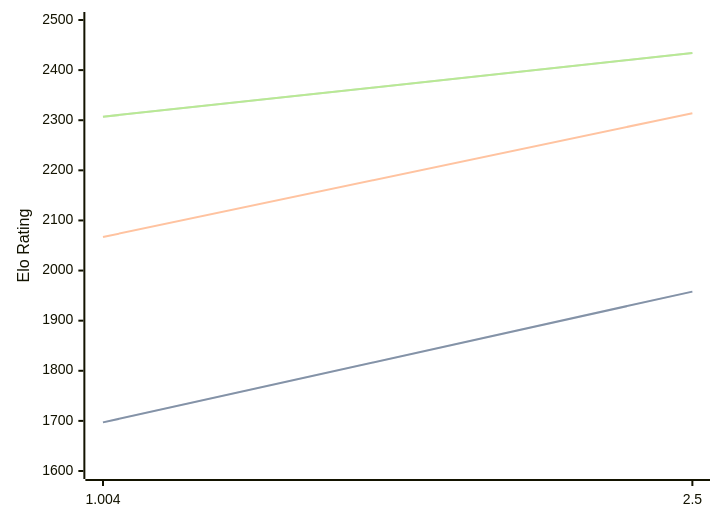
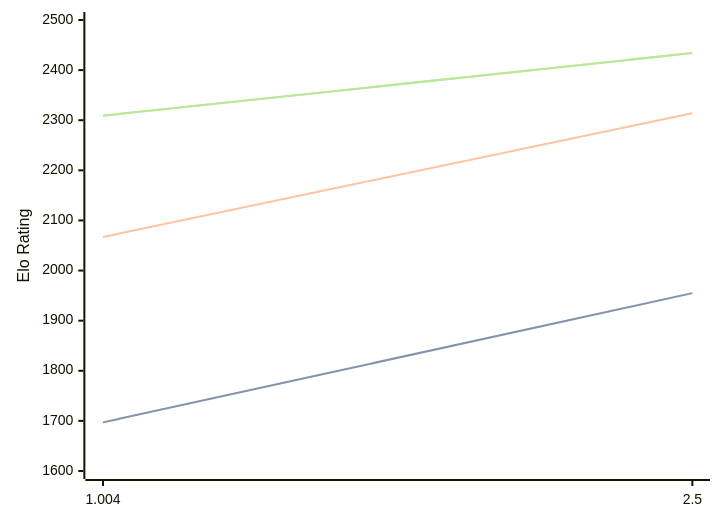
The first of 3 diagrams in engines/Ares.md (computer-chess-index/cci), drawn with Mermaid before and after one commit. The commit also changed other lines of this file, not shown here.

Commit message:
Update CCI Ratings (ELO VLTC) - 2026-07-04

````diff
--- a/engines/Ares.md
+++ b/engines/Ares.md
@@ -32,11 +32,11 @@
 ```mermaid
 %%{init: {"theme":"base","themeVariables":{"seriesColors:['#a3a3a3','#222221','#faa371']}}}%%
 xychart-beta
   x-axis ["1.004", "2.5"]
   y-axis "Elo Rating" 1600 --> 2500
-  line "STC (8.0+0.08s)" [1697, 1958]
-  line "STC (8.0+0.08s)" [1697, 1958]
+  line "STC (8.0+0.08s)" [1697, 1955]
+  line "STC (8.0+0.08s)" [1697, 1955]
   line "LTC (60.0+0.60s)" [2067, 2314]
-  line "VLTC (2m24s+1.12s)" [2307, 2434]
-  line "VLTC (2m24s+1.12s)" [2307, 2434]
+  line "VLTC (2m24s+1.12s)" [2309, 2434]
+  line "VLTC (2m24s+1.12s)" [2309, 2434]
 ```
````
